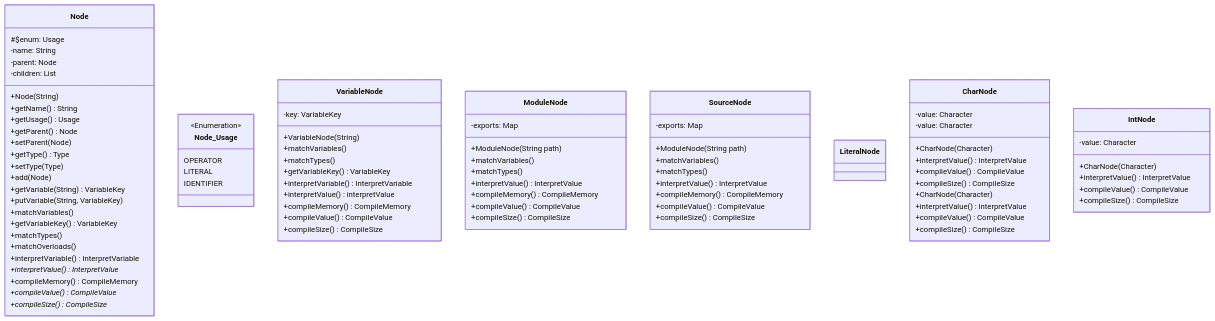
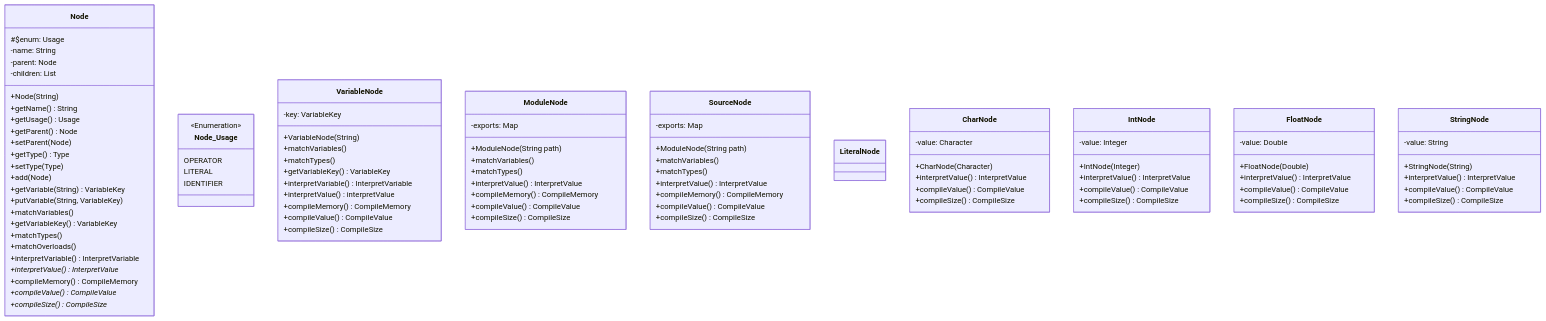
One commit to Jzhyang1/Monomer changed the diagram in UML1.md. Above: the diagram before and after it, drawn with Mermaid. The commit also changed other lines of this file, not shown here.

Commit message:
UML1.md updated from https://stackedit.io/

```diff
--- a/UML1.md
+++ b/UML1.md
@@ -80,15 +80,22 @@
 	+compileSize() CompileSize
 }
 class IntNode{
-	-value: Character
-	+CharNode(Character)
+	-value: Integer
+	+IntNode(Integer)
 	+interpretValue() InterpretValue  
 	+compileValue() CompileValue  
 	+compileSize() CompileSize
 }
-class CharNode{
-	-value: Character
-	+CharNode(Character)
+class FloatNode{
+	-value: Double
+	+FloatNode(Double)
+	+interpretValue() InterpretValue  
+	+compileValue() CompileValue  
+	+compileSize() CompileSize
+}
+class StringNode{
+	-value: String
+	+StringNode(String)
 	+interpretValue() InterpretValue  
 	+compileValue() CompileValue  
 	+compileSize() CompileSize
```
